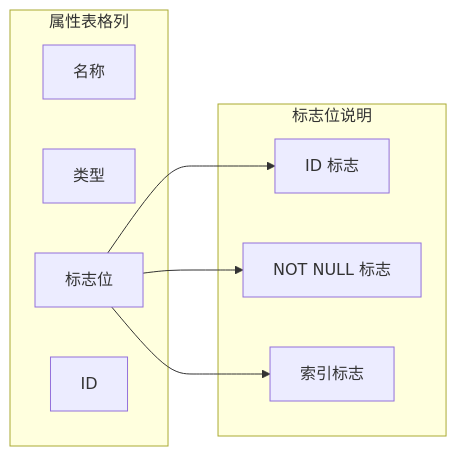
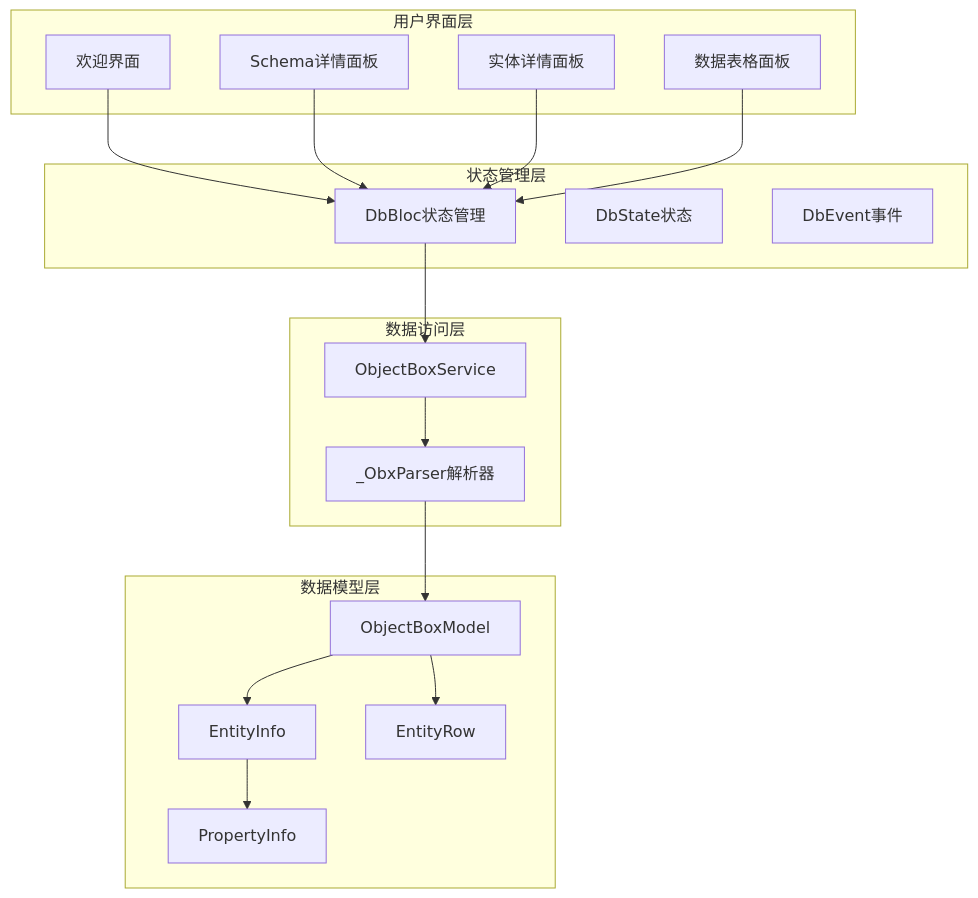
Before and after one commit to kongpf8848/objectbox_viewer: the fourth of 11 diagrams in .qoder/repowiki/zh/content/UI 组件/Schema 详情面板.md, drawn with Mermaid. The commit also changed other lines of this file and 9 other files, not shown here.

````diff
--- a/.qoder/repowiki/zh/content/UI 组件/Schema 详情面板.md
+++ b/.qoder/repowiki/zh/content/UI 组件/Schema 详情面板.md
@@ -247,17 +179,34 @@
 ```mermaid
-graph LR
-subgraph "属性表格列"
-Name[名称]
-Type[类型]
-Flags[标志位]
-ID[ID]
+graph TB
+subgraph "用户界面层"
+Welcome[欢迎界面]
+SchemaDetail[Schema详情面板]
+EntityDetail[实体详情面板]
+DataTable[数据表格面板]
 end
-subgraph "标志位说明"
-IDFlag[ID 标志]
-NotNull[NOT NULL 标志]
-Indexed[索引标志]
+subgraph "状态管理层"
+DbBloc[DbBloc状态管理]
+DbState[DbState状态]
+DbEvent[DbEvent事件]
 end
-Flags --> IDFlag
-Flags --> NotNull
-Flags --> Indexed
+subgraph "数据访问层"
+ObjectBoxService[ObjectBoxService]
+_ObxParser[_ObxParser解析器]
+end
+subgraph "数据模型层"
+ObjectBoxModel[ObjectBoxModel]
+EntityInfo[EntityInfo]
+PropertyInfo[PropertyInfo]
+EntityRow[EntityRow]
+end
+Welcome --> DbBloc
+SchemaDetail --> DbBloc
+EntityDetail --> DbBloc
+DataTable --> DbBloc
+DbBloc --> ObjectBoxService
+ObjectBoxService --> _ObxParser
+_ObxParser --> ObjectBoxModel
+ObjectBoxModel --> EntityInfo
+EntityInfo --> PropertyInfo
+ObjectBoxModel --> EntityRow
 ```
````
